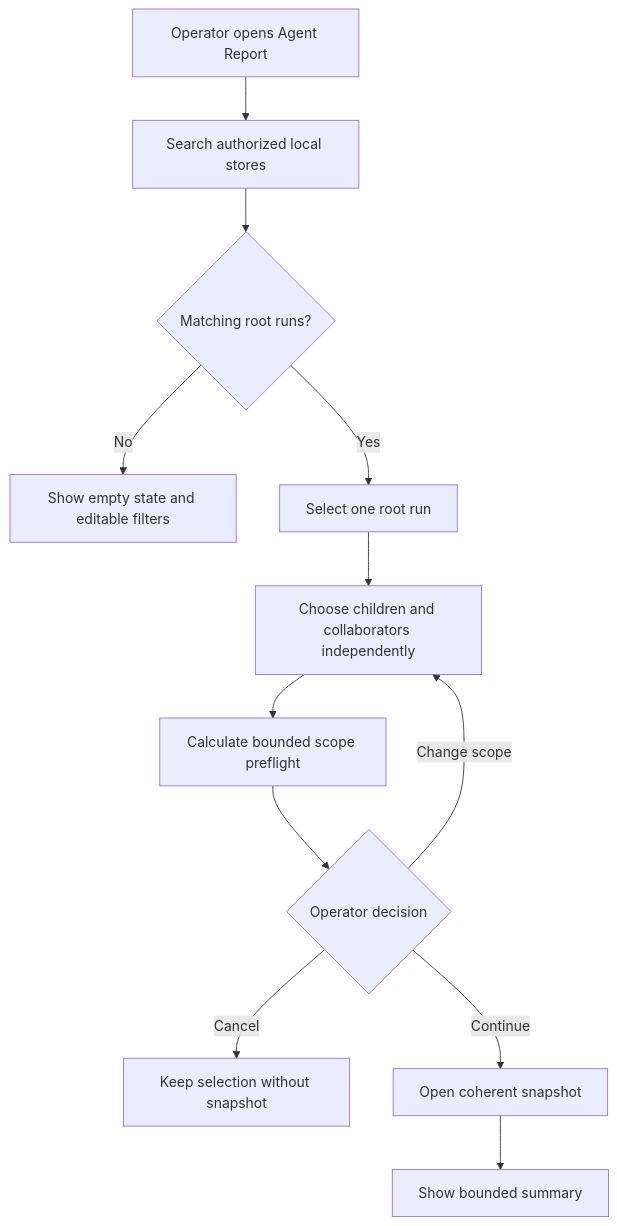
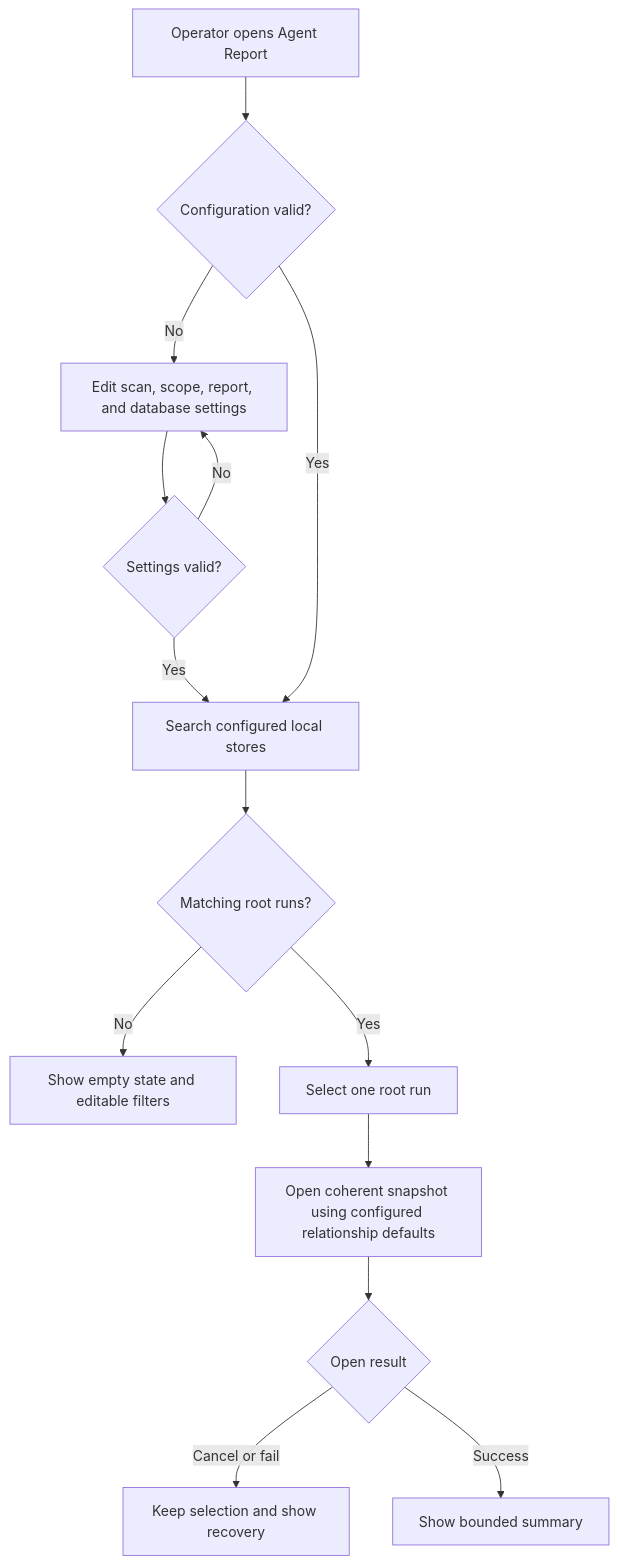
Before and after one commit to martinbechard/agent-runner: the second of 9 diagrams in docs/requirements/functional/FR-001-agent-report-dynamic-app-and-static-export.md, drawn with Mermaid. The commit also changed other lines of this file and 214 other files, not shown here.

Commit message:
feat: release standalone agent report CLI

````diff
--- a/docs/requirements/functional/FR-001-agent-report-dynamic-app-and-static-export.md
+++ b/docs/requirements/functional/FR-001-agent-report-dynamic-app-and-static-export.md
@@ -771,14 +757,16 @@
 ```mermaid
 flowchart TD
-  Start[Operator opens Agent Report] --> Search[Search authorized local stores]
+  Start[Operator opens Agent Report] --> Configured{Configuration valid?}
+  Configured -- No --> Configure[Edit scan, scope, report, and database settings]
+  Configure --> Save{Settings valid?}
+  Save -- No --> Configure
+  Save -- Yes --> Search[Search configured local stores]
+  Configured -- Yes --> Search
   Search --> Found{Matching root runs?}
   Found -- No --> Empty[Show empty state and editable filters]
   Found -- Yes --> Select[Select one root run]
-  Select --> Scope[Choose children and collaborators independently]
-  Scope --> Preflight[Calculate bounded scope preflight]
-  Preflight --> Decision{Operator decision}
-  Decision -- Change scope --> Scope
-  Decision -- Cancel --> Selected[Keep selection without snapshot]
-  Decision -- Continue --> Open[Open coherent snapshot]
-  Open --> Summary[Show bounded summary]
+  Select --> Open[Open coherent snapshot using configured relationship defaults]
+  Open --> Result{Open result}
+  Result -- Cancel or fail --> Selected[Keep selection and show recovery]
+  Result -- Success --> Summary[Show bounded summary]
 ```
````
